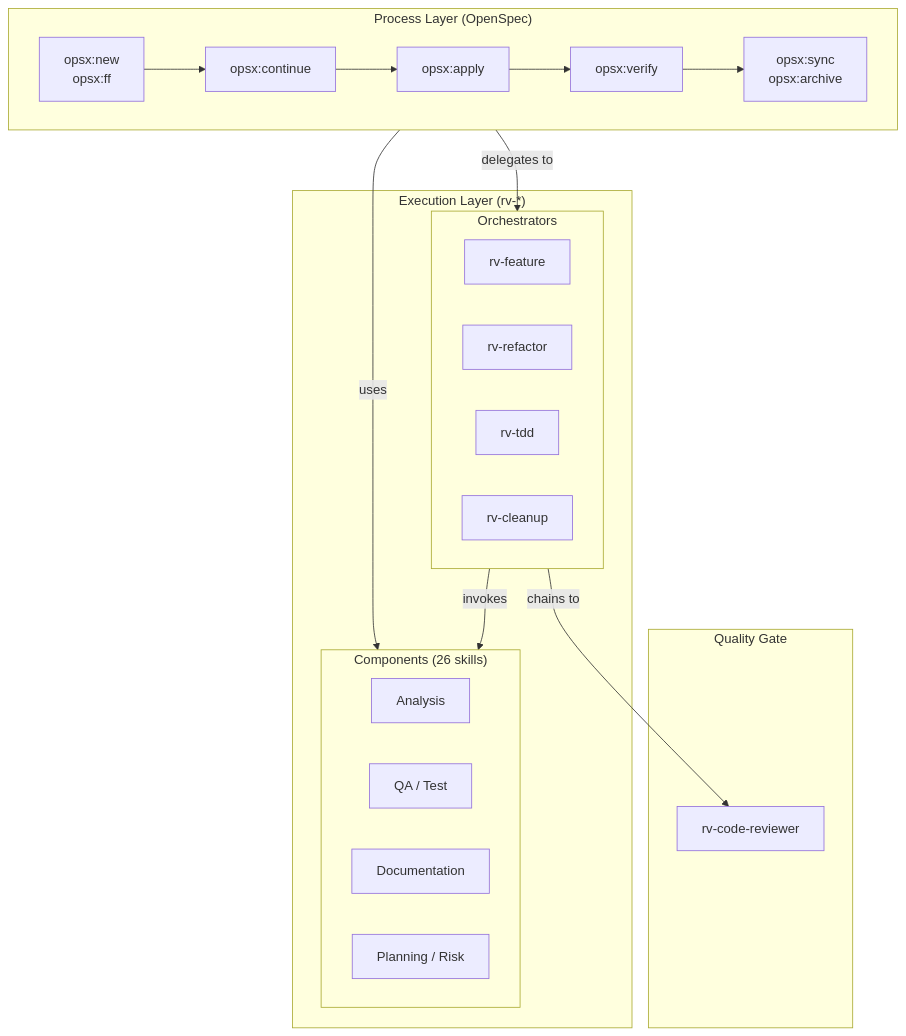
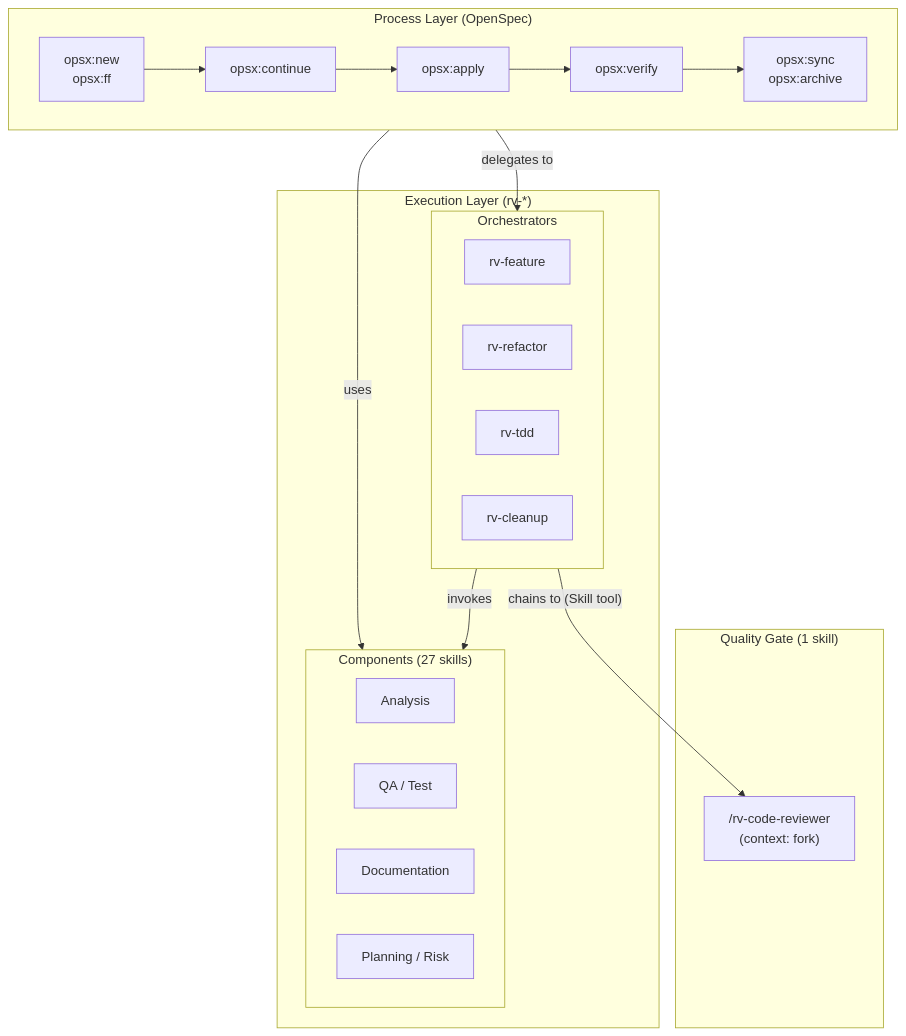
The fifth of 5 diagrams in rv-android/docs/WORKFLOW.md (PAMunb/rvsec), drawn with Mermaid before and after one commit. The commit also changed other lines of this file and 17 other files, not shown here.

First line of the commit message:
refactor: convert rv-code-reviewer from agent to skill (Solution C)

````diff
--- a/rv-android/docs/WORKFLOW.md
+++ b/rv-android/docs/WORKFLOW.md
@@ -641,34 +641,34 @@
 ```mermaid
 flowchart TD
     subgraph Process["Process Layer (OpenSpec)"]
         direction LR
         ON["opsx:new\nopsx:ff"] --> OC["opsx:continue"] --> OA["opsx:apply"]
         OA --> OV["opsx:verify"] --> OS["opsx:sync\nopsx:archive"]
     end
 
     subgraph Execution["Execution Layer (rv-*)"]
         subgraph Orchestrators["Orchestrators"]
             direction LR
             RF["rv-feature"]
             RR["rv-refactor"]
             RT["rv-tdd"]
             RC["rv-cleanup"]
         end
-        subgraph Components["Components (26 skills)"]
+        subgraph Components["Components (27 skills)"]
             direction LR
             AN["Analysis"]
             QA["QA / Test"]
             DOC["Documentation"]
             PM["Planning / Risk"]
         end
     end
 
-    subgraph Gate["Quality Gate"]
-        CR["rv-code-reviewer"]
+    subgraph Gate["Quality Gate (1 skill)"]
+        CR["/rv-code-reviewer\n(context: fork)"]
     end
 
     Process -->|"delegates to"| Orchestrators
     Process -->|"uses"| Components
     Orchestrators -->|"invokes"| Components
-    Orchestrators -->|"chains to"| CR
+    Orchestrators -->|"chains to (Skill tool)"| CR
 ```
````
